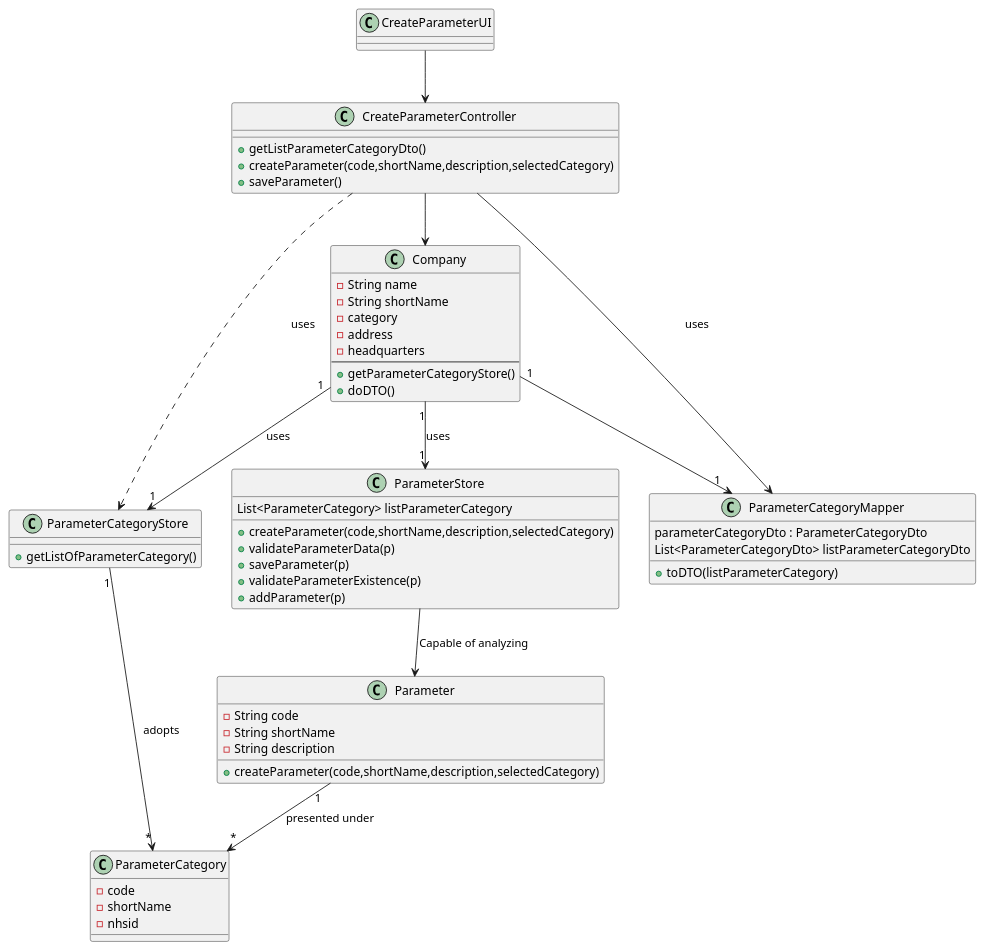
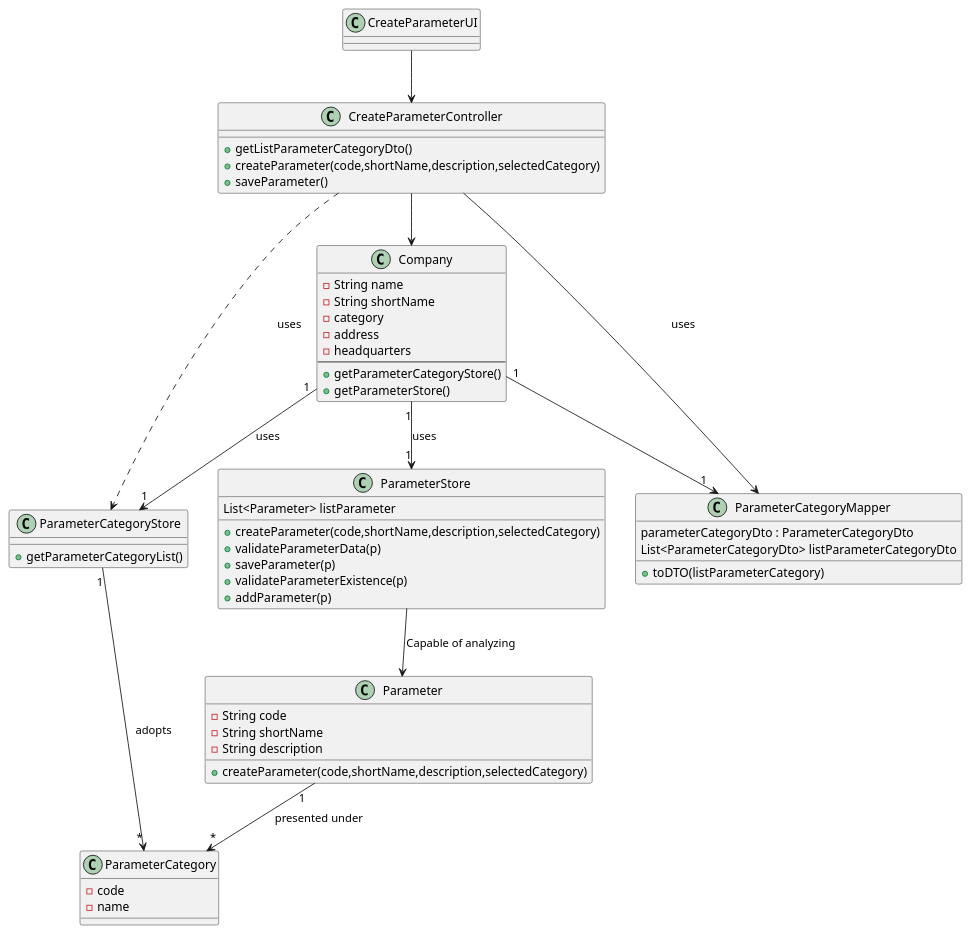
The diagram in docs/SprintB/US10/US10_CD.puml (manu-07-ela/LAPR2_ISEP), drawn with PlantUML before and after one commit. The commit also changed 1 other file, not shown here.

```diff
--- a/docs/SprintB/US10/US10_CD.puml
+++ b/docs/SprintB/US10/US10_CD.puml
@@ -1,70 +1,69 @@
 @startuml
 
 class CreateParameterUI{
 }
 
 class CreateParameterController{
 +getListParameterCategoryDto()
 +createParameter(code,shortName,description,selectedCategory)
 +saveParameter()
 }
 
 class Company{
 -String name
 -String shortName
 -category
 -address
 -headquarters
 --
 +getParameterCategoryStore()
-+doDTO()
++getParameterStore()
 }
 
 class ParameterStore {
 +createParameter(code,shortName,description,selectedCategory)
 +validateParameterData(p)
 +saveParameter(p)
 +validateParameterExistence(p)
 +addParameter(p)
 
-List<ParameterCategory> listParameterCategory
+List<Parameter> listParameter
 
 }
 
 class ParameterCategoryMapper{
 +toDTO(listParameterCategory)
 parameterCategoryDto : ParameterCategoryDto
 List<ParameterCategoryDto> listParameterCategoryDto
 }
 
 class ParameterCategoryStore {
-+getListOfParameterCategory()
++getParameterCategoryList()
 }
 
 class Parameter{
 - String code
 - String shortName
 - String description
 +createParameter(code,shortName,description,selectedCategory)
 }
 
 class ParameterCategory{
 - code
-- shortName
-- nhsid
+- name
 }
 
 
 
 CreateParameterUI --> CreateParameterController
 CreateParameterController --> Company
 CreateParameterController --> ParameterCategoryMapper : uses
 CreateParameterController ..> ParameterCategoryStore : uses
 Company "1" --> "1" ParameterStore : uses
 Company "1" --> "1" ParameterCategoryMapper
 Company "1" --> "1" ParameterCategoryStore : uses
 ParameterStore --> Parameter : Capable of analyzing
 ParameterCategoryStore "1" --> "*" ParameterCategory : adopts
 Parameter "1" --> "*" ParameterCategory : presented under
 
 @enduml
```
